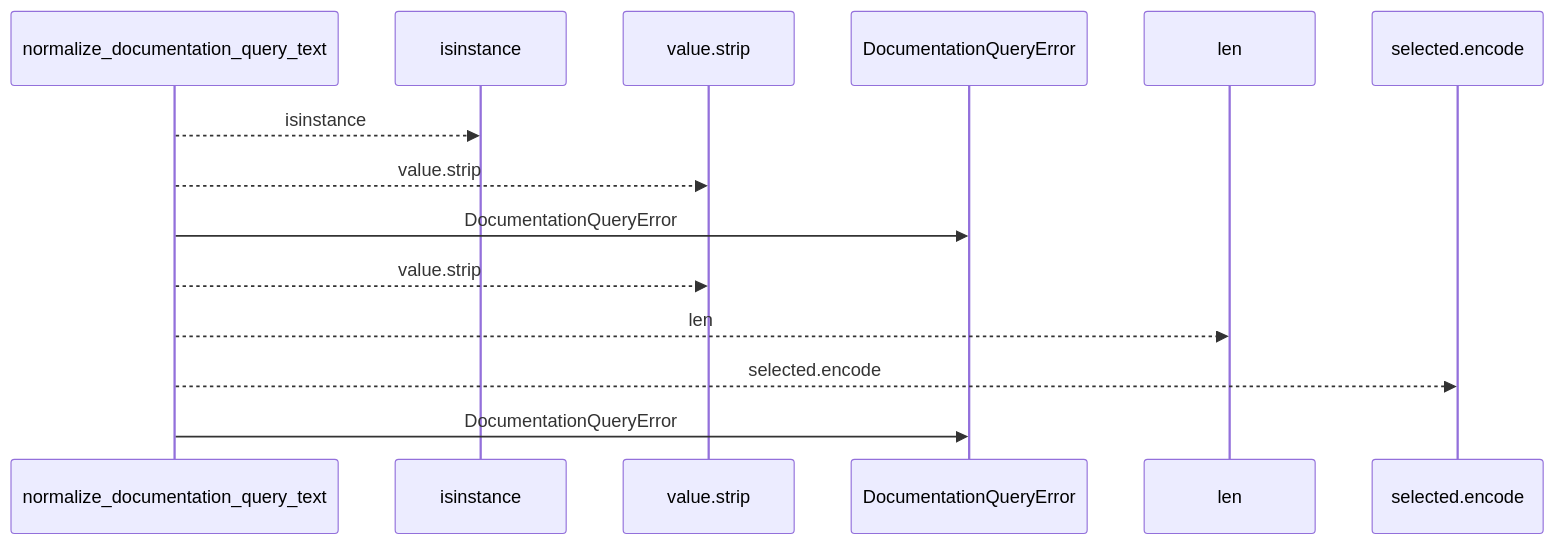
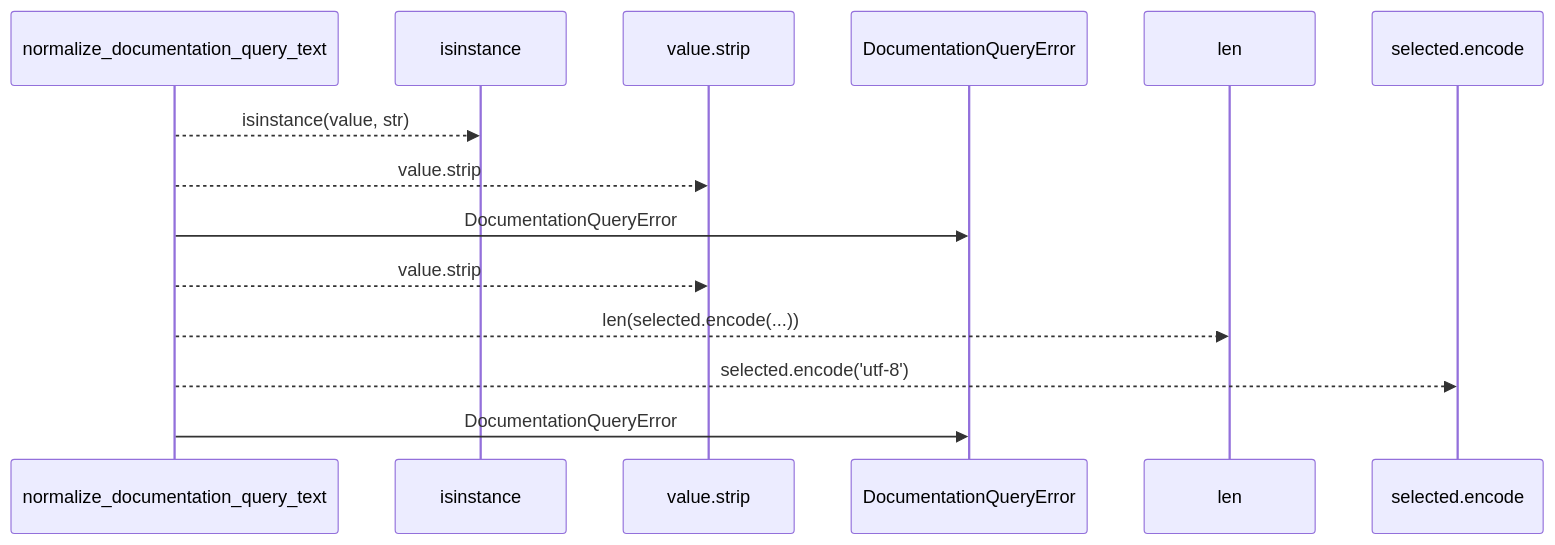
The first of 2 diagrams in docs/llm_wiki/flows/api-normalize_documentation_query_text.md (Denissvgn/python-wiki-llm), drawn with Mermaid before and after one commit. The commit also changed other lines of this file and 1410 other files, not shown here.

````diff
--- a/docs/llm_wiki/flows/api-normalize_documentation_query_text.md
+++ b/docs/llm_wiki/flows/api-normalize_documentation_query_text.md
@@ -10,16 +12,16 @@
 ```mermaid
 sequenceDiagram
     participant p0 as normalize_documentation_query_text
     participant p1 as isinstance
     participant p2 as value.strip
     participant p3 as DocumentationQueryError
     participant p4 as len
     participant p5 as selected.encode
-    p0-->>p1: isinstance
+    p0-->>p1: isinstance(value, str)
     p0-->>p2: value.strip
     p0->>p3: DocumentationQueryError
     p0-->>p2: value.strip
-    p0-->>p4: len
-    p0-->>p5: selected.encode
+    p0-->>p4: len(selected.encode(...))
+    p0-->>p5: selected.encode('utf-8')
     p0->>p3: DocumentationQueryError
 ```
````
